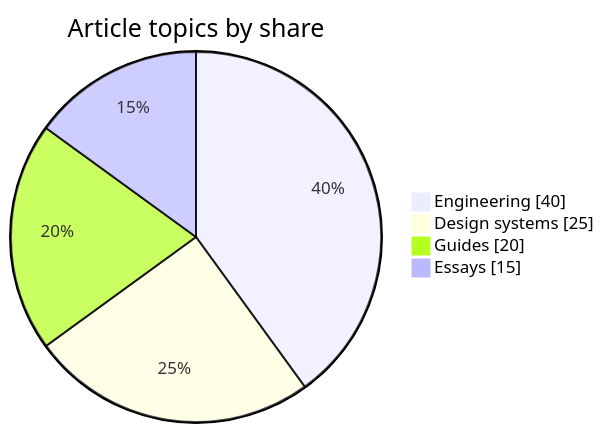
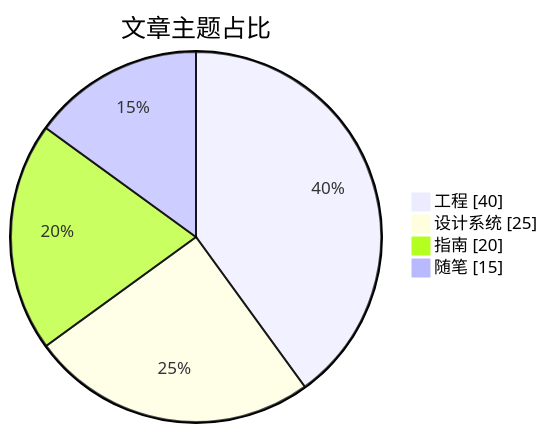
Before and after one commit to TTStudio336/tncloud.fun: the seventh of 14 diagrams in src/content/posts/markdown-mermaid.md, drawn with Mermaid. The commit also changed other lines of this file and 43 other files, not shown here.

````diff
--- a/src/content/posts/markdown-mermaid.md
+++ b/src/content/posts/markdown-mermaid.md
@@ -154,10 +154,10 @@
 ```mermaid
 pie showData
-    accTitle: Article topics by share
-    accDescr: Engineering accounts for forty percent, design systems for twenty-five percent, and the remainder is split between guides and essays.
-    title Article topics by share
-    "Engineering" : 40
-    "Design systems" : 25
-    "Guides" : 20
-    "Essays" : 15
+    accTitle: 文章主题占比
+    accDescr: 工程占百分之四十，设计系统占百分之二十五，其余由指南和随笔构成。
+    title 文章主题占比
+    "工程" : 40
+    "设计系统" : 25
+    "指南" : 20
+    "随笔" : 15
 ```
````
